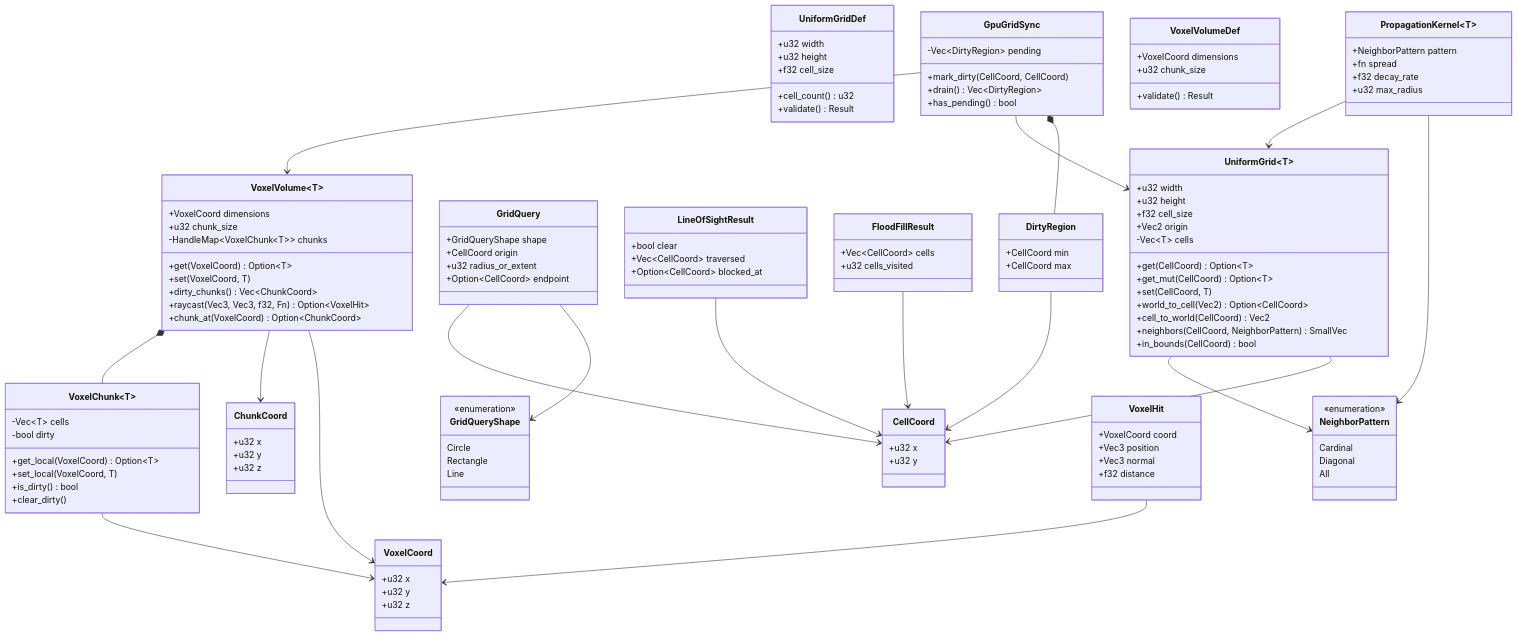
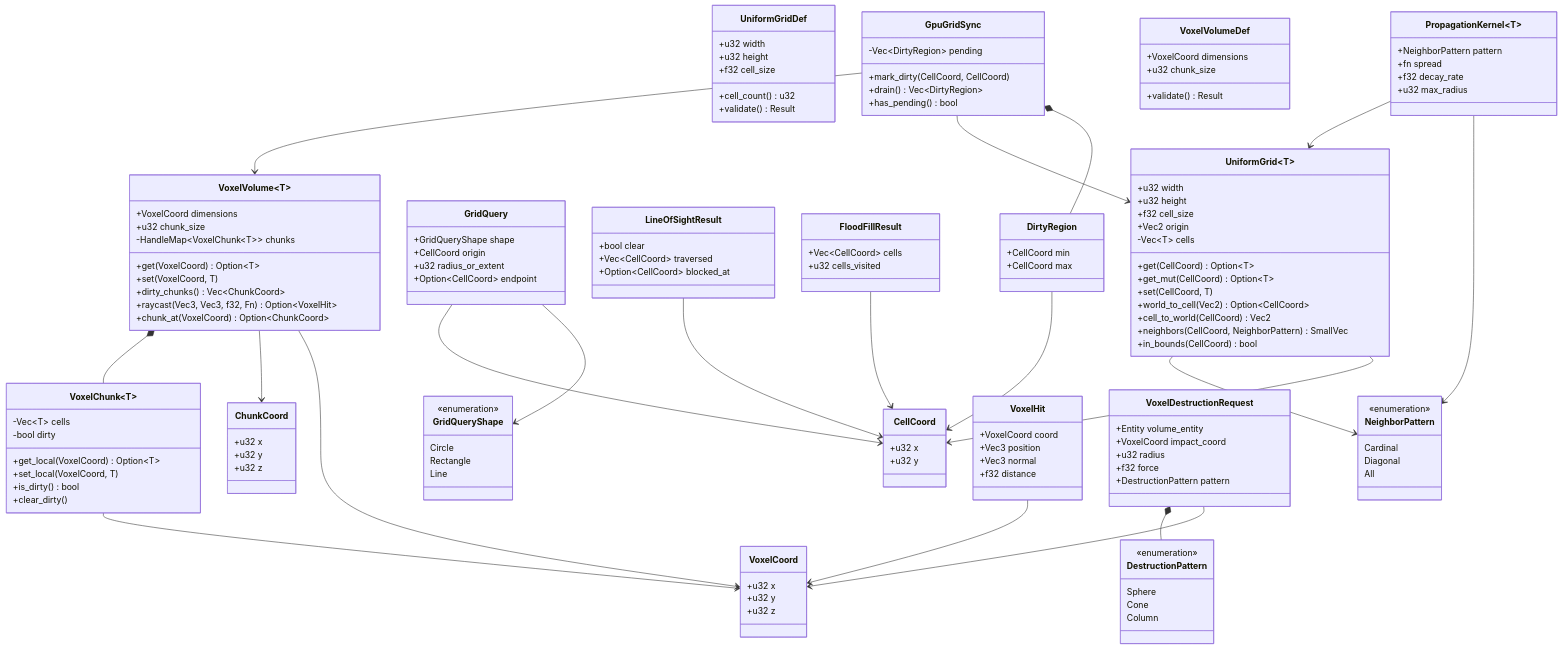
The third of 5 diagrams in docs/design/simulation/grids-volumes.md (harmonius-dev/harmonius), drawn with Mermaid before and after one commit. The commit also changed other lines of this file and 109 other files, not shown here.

```diff
--- a/docs/design/simulation/grids-volumes.md
+++ b/docs/design/simulation/grids-volumes.md
@@ -335,7 +335,22 @@
         +CellCoord min
         +CellCoord max
     }
+    class VoxelDestructionRequest {
+        +Entity volume_entity
+        +VoxelCoord impact_coord
+        +u32 radius
+        +f32 force
+        +DestructionPattern pattern
+    }
+    class DestructionPattern {
+        <<enumeration>>
+        Sphere
+        Cone
+        Column
+    }
 
+    VoxelDestructionRequest --> VoxelCoord
+    VoxelDestructionRequest *-- DestructionPattern
     UniformGrid~T~ --> CellCoord
     UniformGrid~T~ --> NeighborPattern
     PropagationKernel~T~ --> NeighborPattern
```
